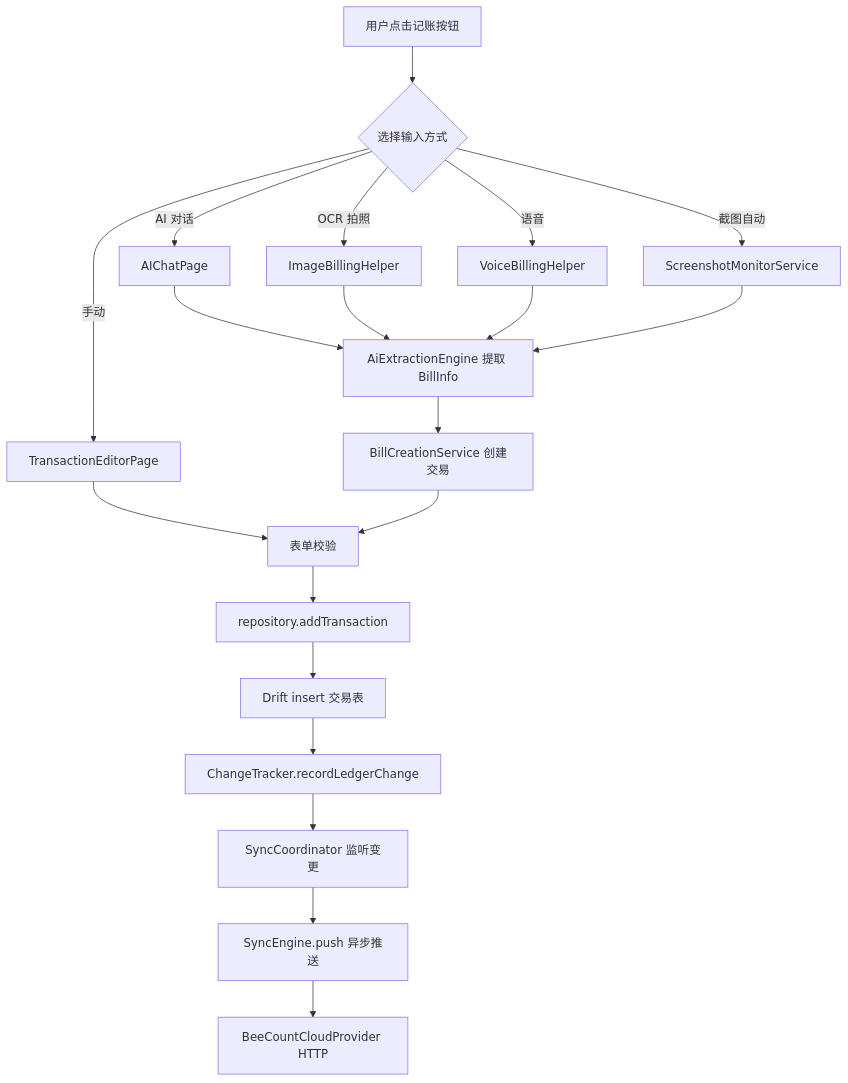
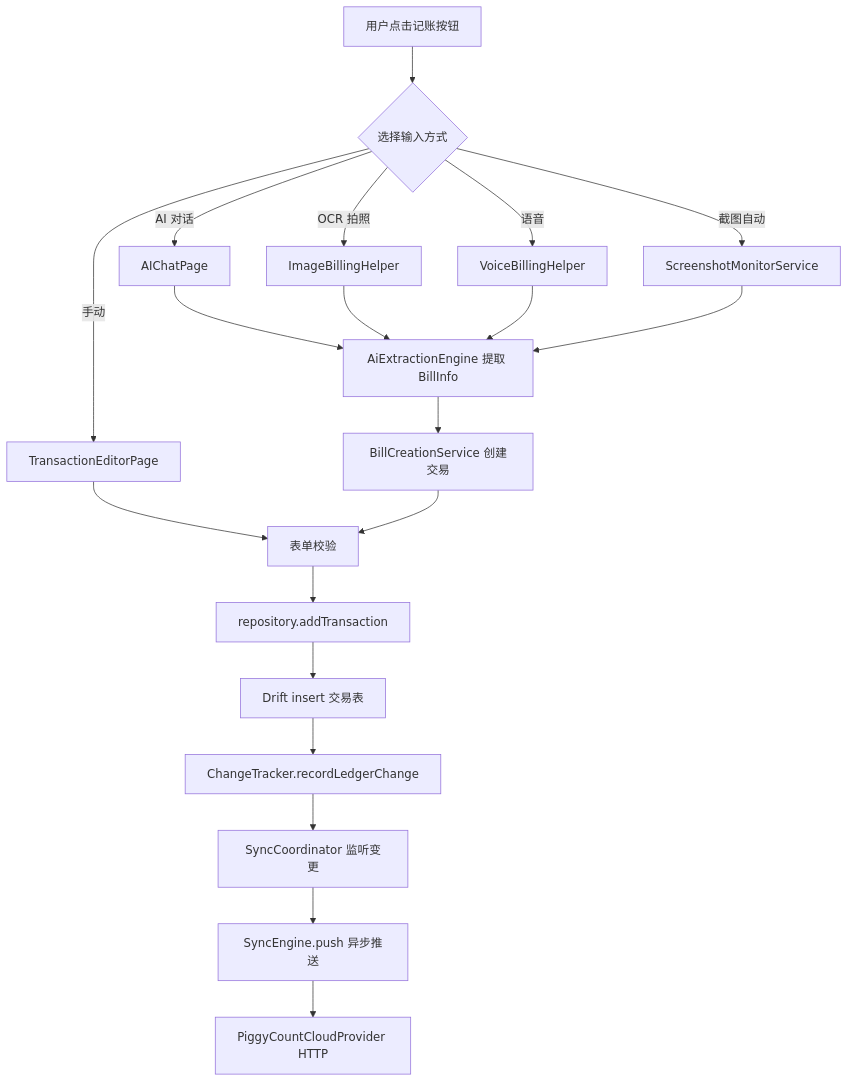
Before and after one commit to mecoren/PiggyCount: the fourth of 5 diagrams in docoments/01-project-overview.md, drawn with Mermaid. The commit also changed other lines of this file and 91 other files, not shown here.

````diff
--- a/docoments/01-project-overview.md
+++ b/docoments/01-project-overview.md
@@ -238,22 +238,22 @@
 ```mermaid
 flowchart TD
     A[用户点击记账按钮] --> B{选择输入方式}
     B -->|手动| C[TransactionEditorPage]
     B -->|AI 对话| D[AIChatPage]
     B -->|OCR 拍照| E[ImageBillingHelper]
     B -->|语音| F[VoiceBillingHelper]
     B -->|截图自动| G[ScreenshotMonitorService]
     D --> H[AiExtractionEngine 提取 BillInfo]
     E --> H
     F --> H
     G --> H
     H --> I[BillCreationService 创建交易]
     C --> J[表单校验]
     I --> J
     J --> K[repository.addTransaction]
     K --> L[Drift insert 交易表]
     L --> M[ChangeTracker.recordLedgerChange]
     M --> N[SyncCoordinator 监听变更]
     N --> O[SyncEngine.push 异步推送]
-    O --> P[BeeCountCloudProvider HTTP]
+    O --> P[PiggyCountCloudProvider HTTP]
 ```
````
